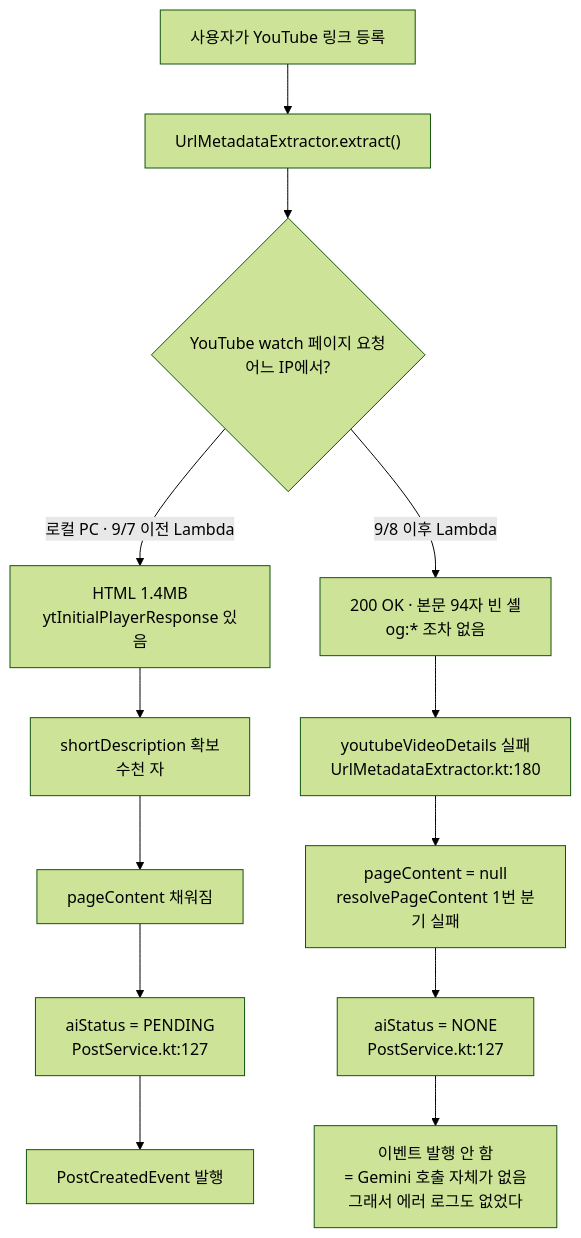
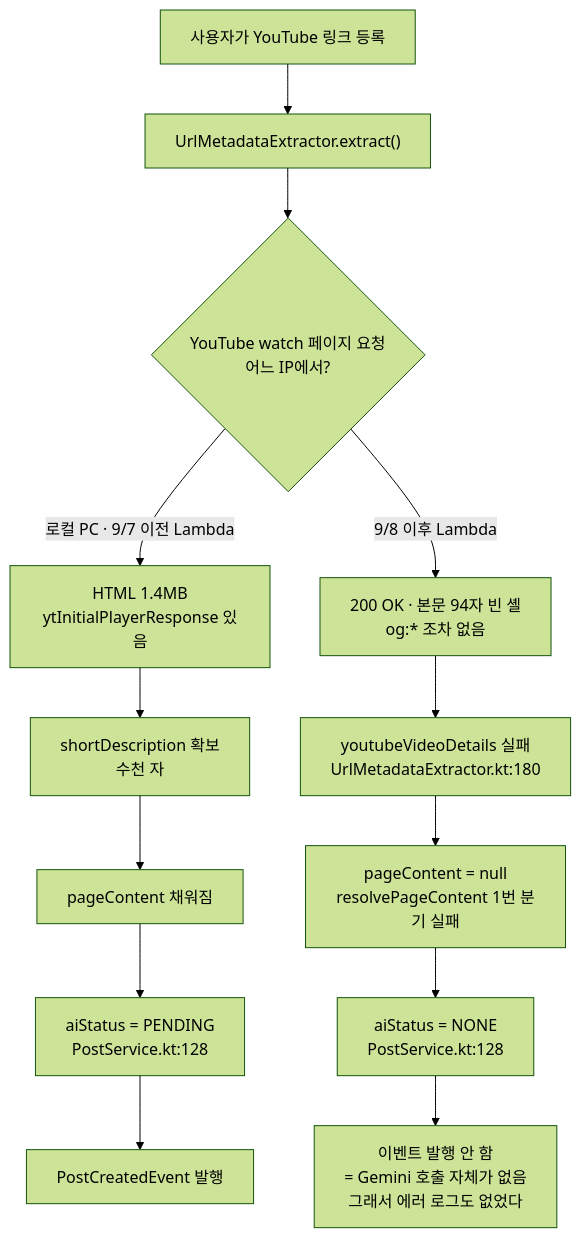
The first of 3 diagrams in docs/AI-ASYNC-PROCESSING.md (BAECHAN/link-sphere_BE_NEW), drawn with Mermaid (forest theme) before and after one commit. The commit also changed 32 other files, not shown here.

````diff
--- a/docs/AI-ASYNC-PROCESSING.md
+++ b/docs/AI-ASYNC-PROCESSING.md
@@ -549,20 +549,20 @@
 ```mermaid
 flowchart TD
     A["사용자가 YouTube 링크 등록"] --> B["UrlMetadataExtractor.extract()"]
     B --> C{"YouTube watch 페이지 요청<br/>어느 IP에서?"}
 
     C -->|"로컬 PC · 9/7 이전 Lambda"| D["HTML 1.4MB<br/>ytInitialPlayerResponse 있음"]
     C -->|"9/8 이후 Lambda"| E["200 OK · 본문 94자 빈 셸<br/>og:* 조차 없음"]
 
     D --> F["shortDescription 확보<br/>수천 자"]
     E --> G["youtubeVideoDetails 실패<br/>UrlMetadataExtractor.kt:180"]
 
     F --> H["pageContent 채워짐"]
     G --> I["pageContent = null<br/>resolvePageContent 1번 분기 실패"]
 
-    H --> J["aiStatus = PENDING<br/>PostService.kt:127"]
-    I --> K["aiStatus = NONE<br/>PostService.kt:127"]
+    H --> J["aiStatus = PENDING<br/>PostService.kt:128"]
+    I --> K["aiStatus = NONE<br/>PostService.kt:128"]
 
     J --> L["PostCreatedEvent 발행"]
     K --> M["이벤트 발행 안 함<br/>= Gemini 호출 자체가 없음<br/>그래서 에러 로그도 없었다"]
 ```
````
